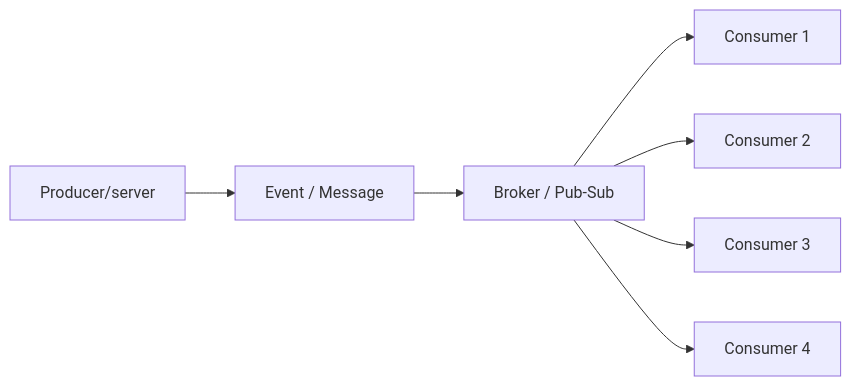
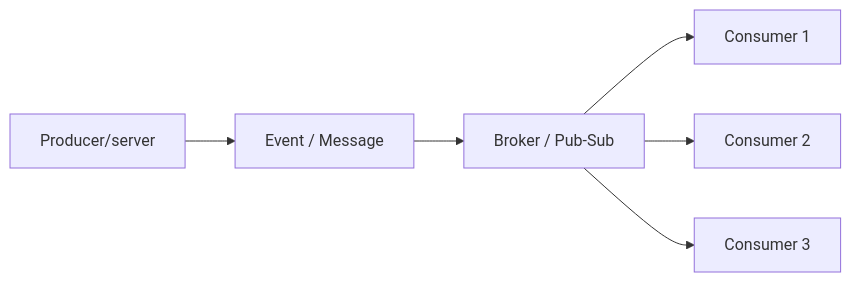
Before and after one commit to lekhrajdinkar/solution-engineer: the fourth of 7 diagrams in docs/2022-2025/SE_02_system-design/SD_03_Core-building-blocks/SD_03_54_Communication-pattern/02_asynchronous.md, drawn with Mermaid. The commit also changed other lines of this file and 4 other files, not shown here.

````diff
--- a/docs/2022-2025/SE_02_system-design/SD_03_Core-building-blocks/SD_03_54_Communication-pattern/02_asynchronous.md
+++ b/docs/2022-2025/SE_02_system-design/SD_03_Core-building-blocks/SD_03_54_Communication-pattern/02_asynchronous.md
@@ -73,11 +92,8 @@
 ```mermaid
 flowchart LR
     P[Producer/server] --> E[Event / Message]
-
     E --> B[Broker / Pub-Sub]
-
     B --> C1[Consumer 1]
     B --> C2[Consumer 2]
     B --> C3[Consumer 3]
-    B --> C4[Consumer 4]
 ```
````
